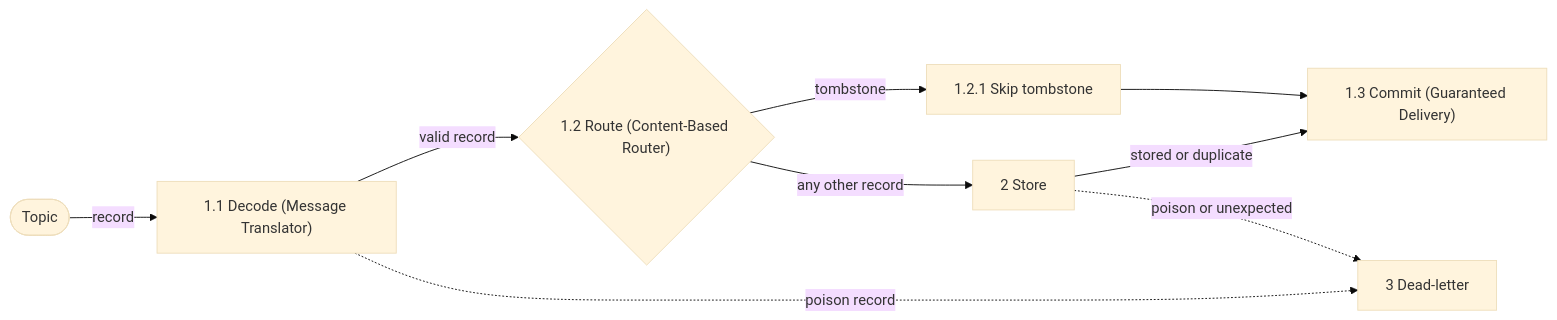
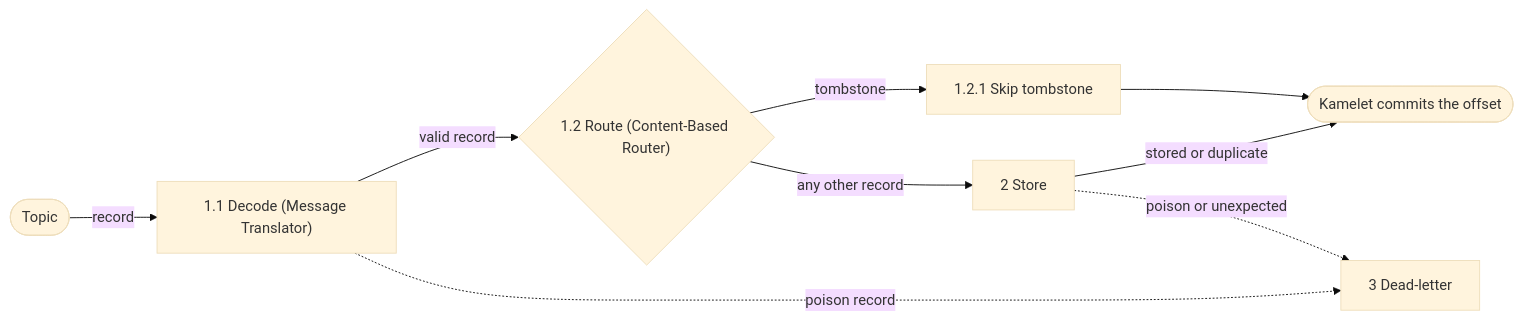
Before and after one commit to m-almeida-p/ms-ml-conv-history-consumer: the third of 5 diagrams in docs/design.md, drawn with Mermaid (base theme). The commit also changed other lines of this file and 14 other files, not shown here.

First line of the commit message:
Start the consumer from a Kamelet that reads Kafka and commits after the route

````diff
--- a/docs/design.md
+++ b/docs/design.md
@@ -88,19 +88,19 @@
 ```mermaid
 flowchart LR
     topic(["Topic"])
     r11["1.1 Decode (Message Translator)"]
     r12{"1.2 Route (Content-Based Router)"}
     r121["1.2.1 Skip tombstone"]
     r2["2 Store"]
-    r13["1.3 Commit (Guaranteed Delivery)"]
+    r13(["Kamelet commits the offset"])
     r3["3 Dead-letter"]
 
     topic -- "record" --> r11
     r11 -- "valid record" --> r12
     r12 -- "tombstone" --> r121
     r12 -- "any other record" --> r2
     r121 --> r13
     r2 -- "stored or duplicate" --> r13
     r11 -. "poison record" .-> r3
     r2 -. "poison or unexpected" .-> r3
 ```
````
